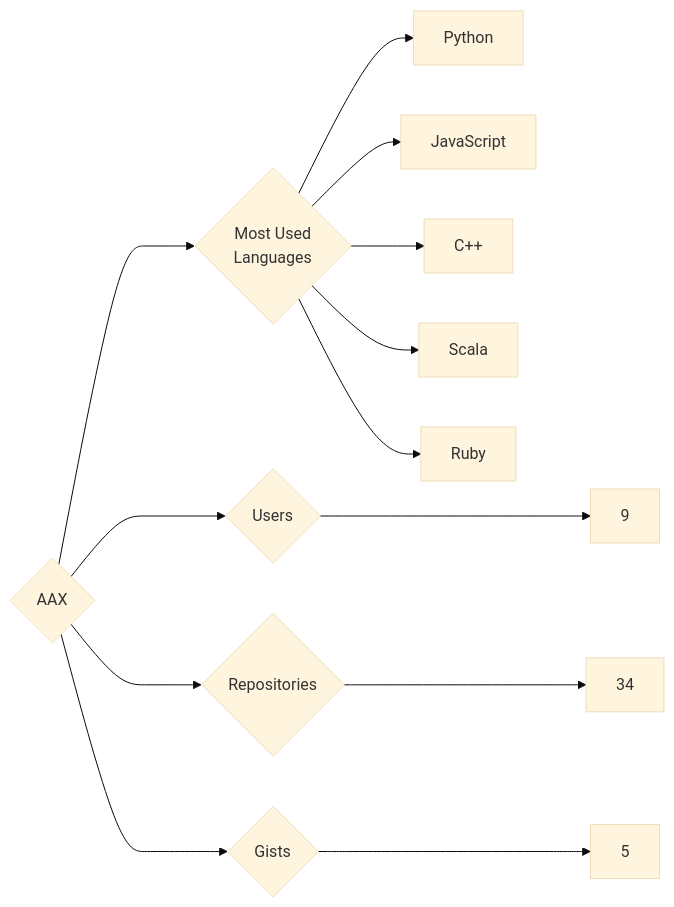
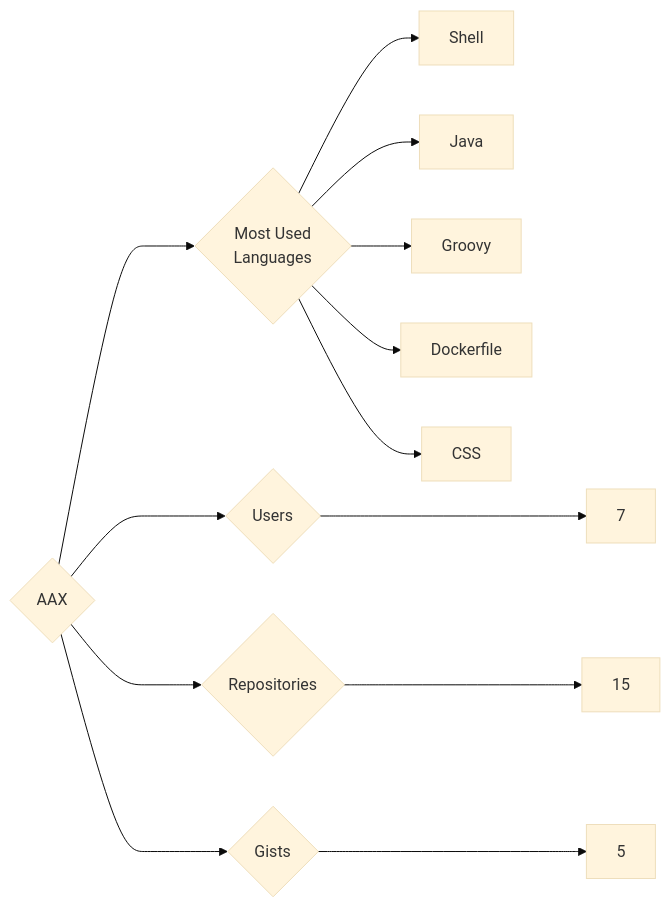
Before and after one commit to trickest/insiders: the diagram in targets/AAX/README.md, drawn with Mermaid (base theme). The commit also changed 1148 other files, not shown here.

````diff
--- a/targets/AAX/README.md
+++ b/targets/AAX/README.md
@@ -3,13 +3,13 @@
 ```mermaid
 graph LR
 COMPANY_NAME{AAX}
-COMPANY_NAME ---> U{Users} ---> UN[9]
-COMPANY_NAME ---> R{Repositories} ---> RN[34]
+COMPANY_NAME ---> U{Users} ---> UN[7]
+COMPANY_NAME ---> R{Repositories} ---> RN[15]
 COMPANY_NAME ---> G{Gists} ---> GN[5]
 COMPANY_NAME ---> ML{Most Used<br>Languages}
-ML --> Python[Python]
-ML --> JavaScript[JavaScript]
-ML --> C++[C++]
-ML --> Scala[Scala]
-ML --> Ruby[Ruby]
+ML --> Shell[Shell]
+ML --> Java[Java]
+ML --> Groovy[Groovy]
+ML --> Dockerfile[Dockerfile]
+ML --> CSS[CSS]
 ```
````
